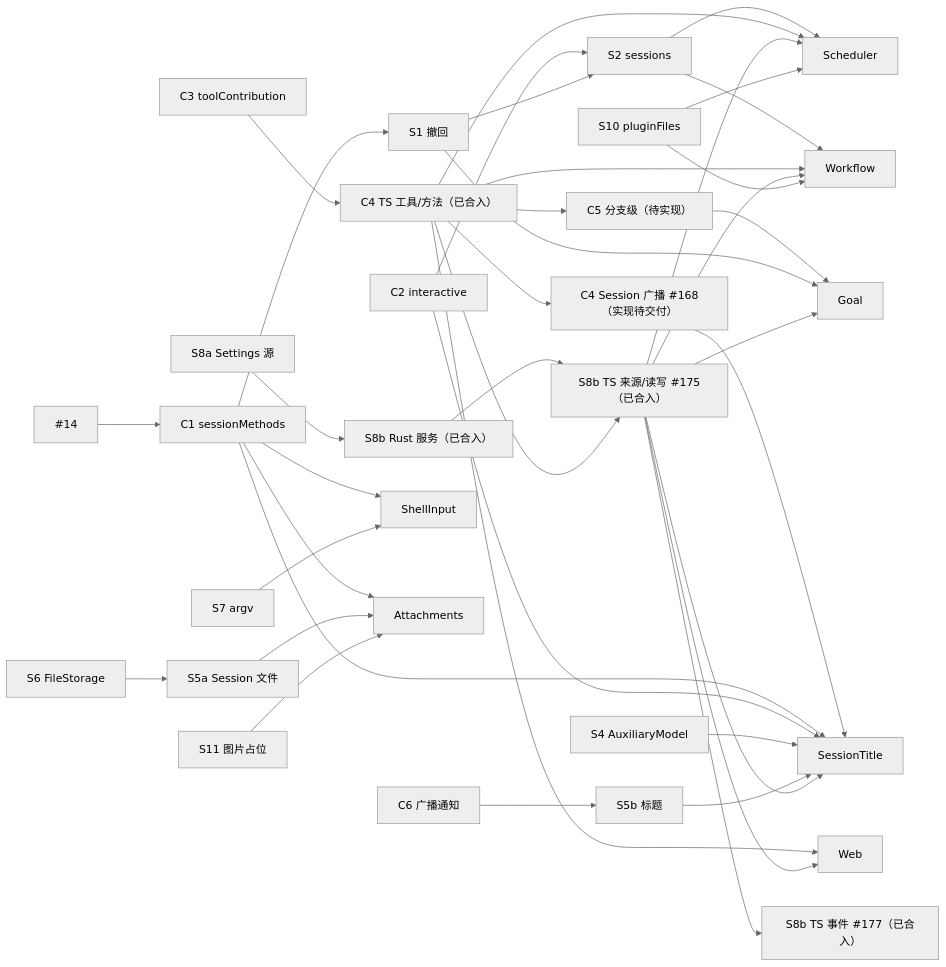
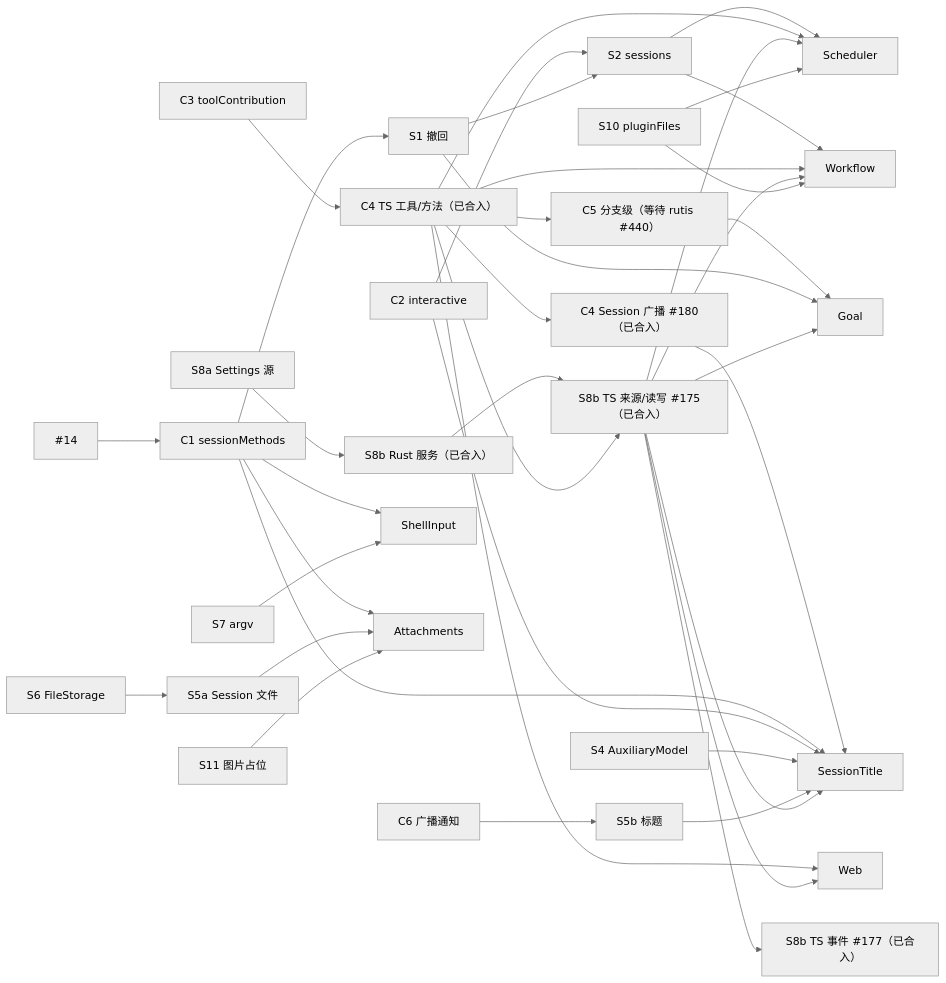
One commit to CoutinhoTTS/dim-agent changed the diagram in docs/design/roadmap.md. Above: the diagram before and after it, drawn with Mermaid (neutral theme). The commit also changed other lines of this file and 14 other files, not shown here.

````diff
--- a/docs/design/roadmap.md
+++ b/docs/design/roadmap.md
@@ -174,38 +174,38 @@
 ```mermaid
 flowchart LR
   PR14["#14"] --> C1["C1 sessionMethods"]
-  C3["C3 toolContribution"] --> C4["C4 TS 工具/方法（已合入）"] --> C5["C5 分支级（待实现）"]
+  C3["C3 toolContribution"] --> C4["C4 TS 工具/方法（已合入）"] --> C5["C5 分支级（等待 rutis #440）"]
   C1 --> S1["S1 撤回"]
   C2["C2 interactive"] --> S2["S2 sessions"]
   S1 --> S2
   C6["C6 广播通知"] --> S5b["S5b 标题"]
   S6["S6 FileStorage"] --> S5a["S5a Session 文件"]
 
   C1 --> SH["ShellInput"]
   S7["S7 argv"] --> SH
   C1 --> AT["Attachments"]
   S5a --> AT
   S11["S11 图片占位"] --> AT
   C4 --> WEB["Web"]
   S8a["S8a Settings 源"] --> S8bRust["S8b Rust 服务（已合入）"] --> S8b["S8b TS 来源/读写 #175（已合入）"]
   C4 --> S8b
   S8b --> S8bEvents["S8b TS 事件 #177（已合入）"]
   S8b --> WEB
-  C4 --> Broadcast["C4 Session 广播 #168（实现待交付）"] --> ST["SessionTitle"]
+  C4 --> Broadcast["C4 Session 广播 #180（已合入）"] --> ST["SessionTitle"]
   C1 --> ST
   C2 --> ST
   S4["S4 AuxiliaryModel"] --> ST
   S5b --> ST
   S8b --> ST
   C5 --> GO["Goal"]
   S1 --> GO
   S8b --> GO
   S2 --> SC["Scheduler"]
   S2 --> WF["Workflow"]
   C4 --> SC
   C4 --> WF
   S8b --> SC
   S8b --> WF
   S10["S10 pluginFiles"] --> SC
   S10 --> WF
 ```
````
